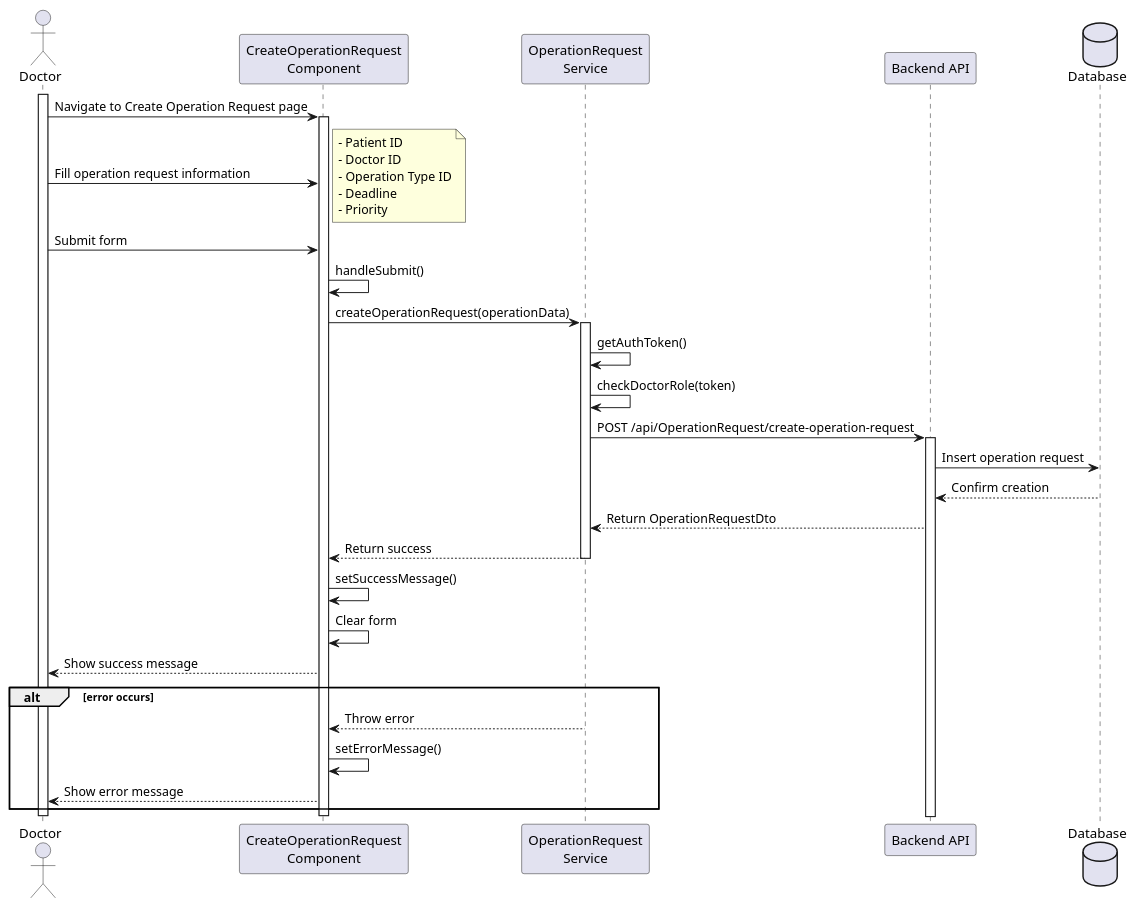
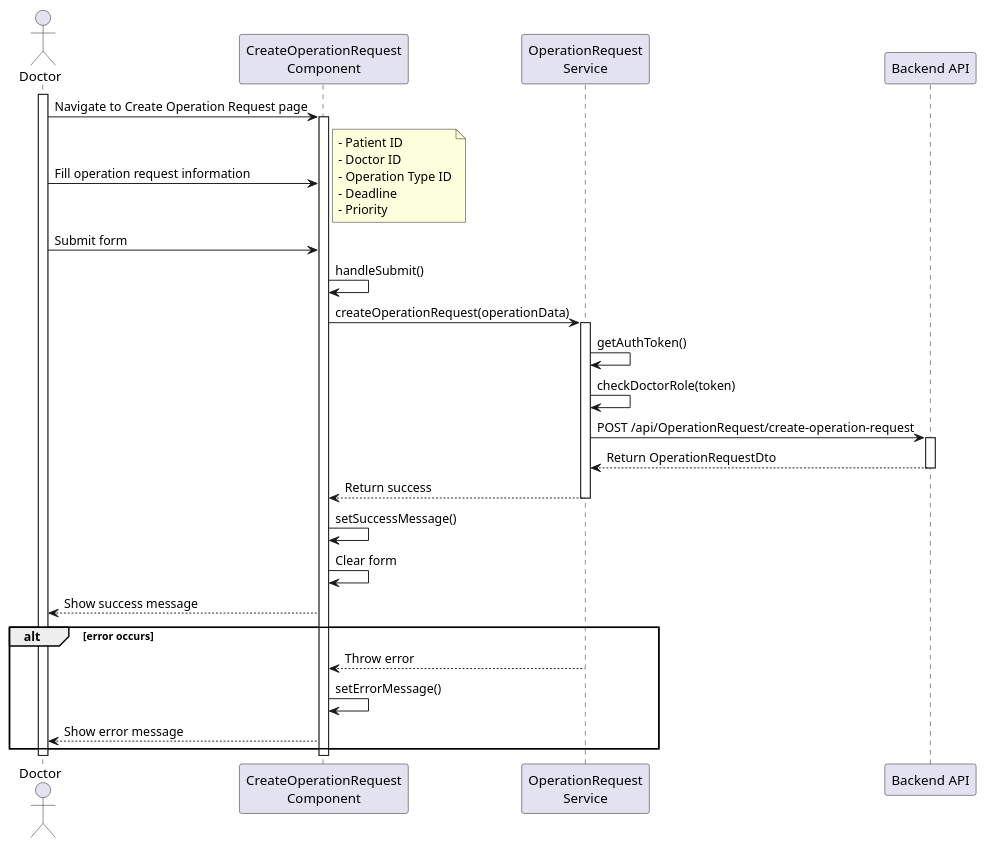
Before and after one commit to HugBar/3DC_G17: the diagram in docs/Sprint2/US 6.2.14/SD.puml, drawn with PlantUML. The commit also changed 11 other files, not shown here.

```diff
--- a/docs/Sprint2/US 6.2.14/SD.puml
+++ b/docs/Sprint2/US 6.2.14/SD.puml
@@ -1,55 +1,51 @@
-@startuml Create Operation Request UI Sequence Diagram
-
+@startuml
 actor Doctor
 participant "CreateOperationRequest\nComponent" as UI
 participant "OperationRequest\nService" as ORS
 participant "Backend API" as API
-database "Database" as DB
 
 activate Doctor
 Doctor -> UI: Navigate to Create Operation Request page
 activate UI
 
 Doctor -> UI: Fill operation request information
 note right
   - Patient ID
   - Doctor ID
   - Operation Type ID
   - Deadline
   - Priority
 end note
 
 Doctor -> UI: Submit form
 
 UI -> UI: handleSubmit()
 
 UI -> ORS: createOperationRequest(operationData)
 activate ORS
 
 ORS -> ORS: getAuthToken()
 ORS -> ORS: checkDoctorRole(token)
 
 ORS -> API: POST /api/OperationRequest/create-operation-request
 activate API
 
-API -> DB: Insert operation request
-DB --> API: Confirm creation
+
 API --> ORS: Return OperationRequestDto
-
+deactivate API
 ORS --> UI: Return success
 deactivate ORS
 
 UI -> UI: setSuccessMessage()
 UI -> UI: Clear form
 UI --> Doctor: Show success message
 
 alt error occurs
     ORS --> UI: Throw error
     UI -> UI: setErrorMessage()
     UI --> Doctor: Show error message
 end
 
 deactivate UI
 deactivate Doctor
-
 @enduml
```
